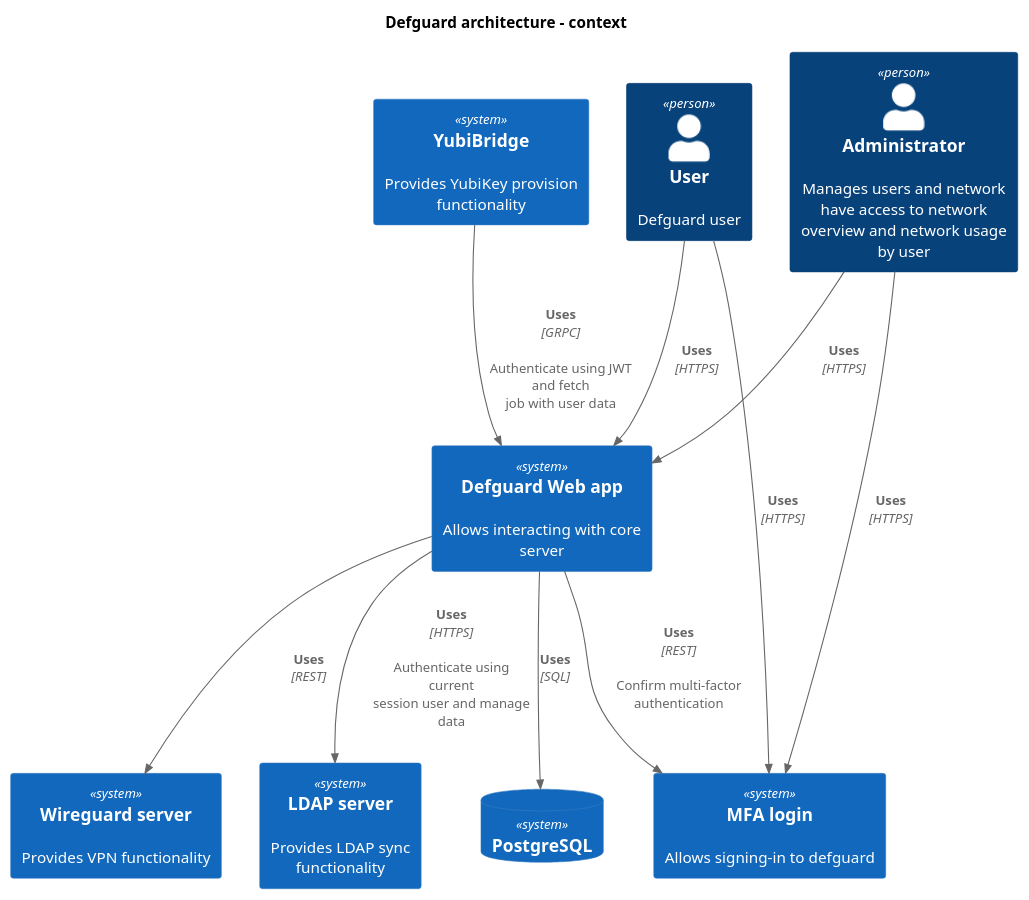
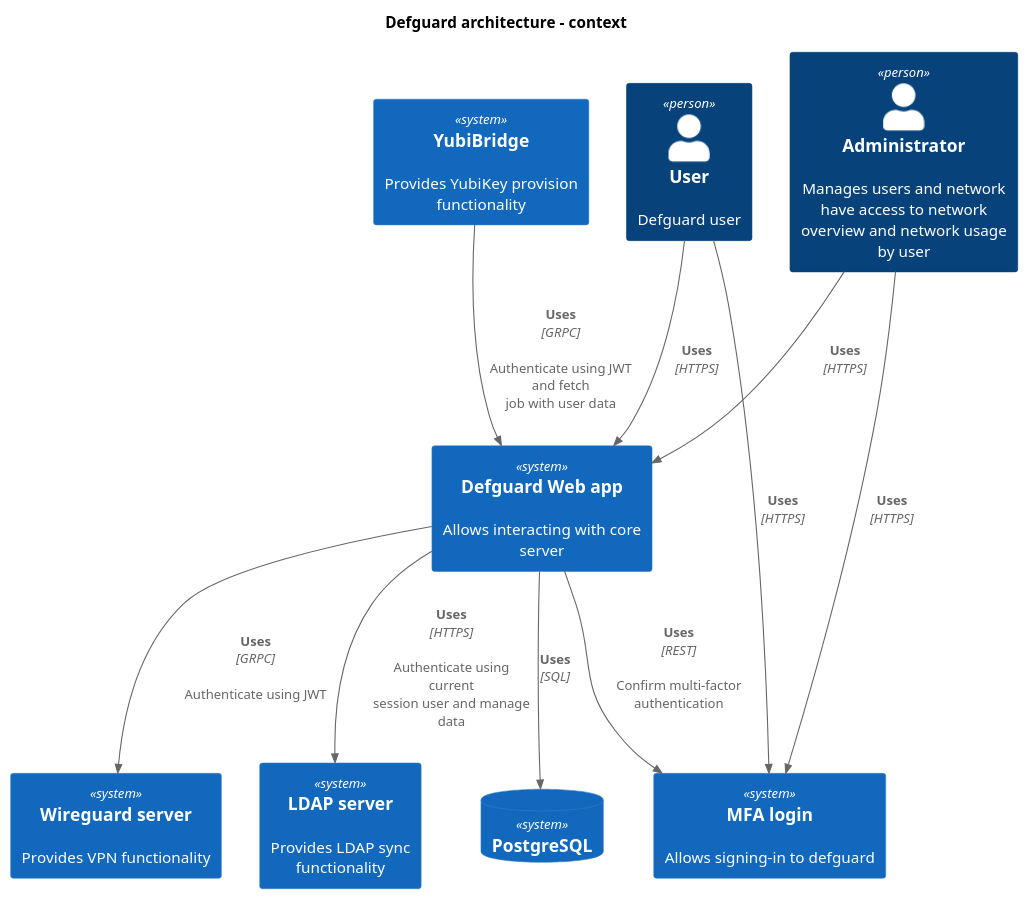
One commit to DefGuard/docs changed the diagram in in-depth/puml/architecture-context.puml. Above: the diagram before and after it, drawn with PlantUML. The commit also changed 2 other files, not shown here.

Commit message:
C4 architecture components

```diff
--- a/in-depth/puml/architecture-context.puml
+++ b/in-depth/puml/architecture-context.puml
@@ -1,22 +1,22 @@
 @startuml
 title Defguard architecture - context
 !include https://raw.githubusercontent.com/plantuml-stdlib/C4-PlantUML/master/C4_Container.puml
 Person(user, "User", "Defguard user")
 Person(admin, "Administrator", "Manages users and network have access to network overview and network usage by user")
 System(web, "Defguard Web app", "Allows interacting with core server")
 System(mfa, "MFA login", "Allows signing-in to defguard")
 System(wireguard, "Wireguard server", "Provides VPN functionality")
 System(ldap, "LDAP server", "Provides LDAP sync functionality")
 System(yubibridge, "YubiBridge", "Provides YubiKey provision functionality")
 SystemDb(database, "PostgreSQL")
 
 Rel(admin, web, "Uses", "HTTPS", $tags="firewall")
 Rel(admin, mfa, "Uses", "HTTPS", $tags="firewall")
 Rel(user, web, "Uses", "HTTPS", $tags="firewall")
 Rel(user, mfa, "Uses", "HTTPS", $tags="firewall")
 Rel(web, ldap, "Uses", "HTTPS", "Authenticate using current session user and manage data")
-Rel(web, wireguard, "Uses", "REST")
+Rel(web, wireguard, "Uses", "GRPC", "Authenticate using JWT")
 Rel(web, mfa, "Uses", "REST", "Confirm multi-factor authentication")
 Rel(web, database, "Uses", "SQL")
 Rel(yubibridge, web, "Uses", "GRPC", "Authenticate using JWT and fetch job with user data")
 @enduml
```
